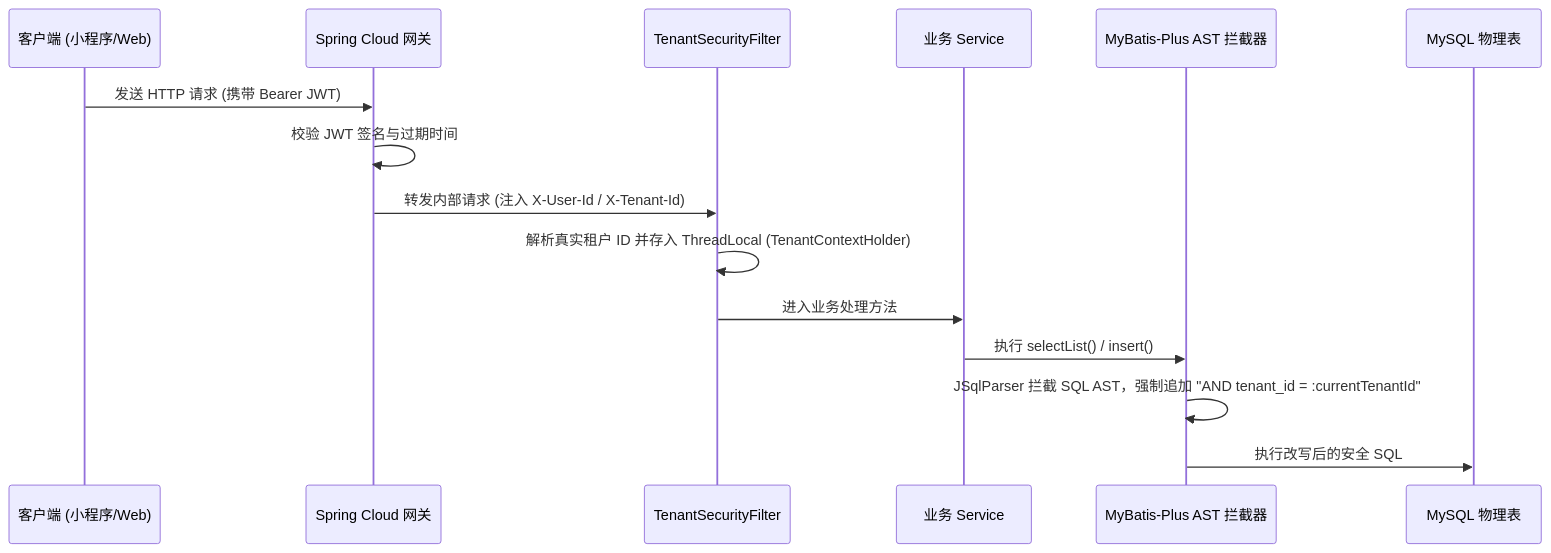
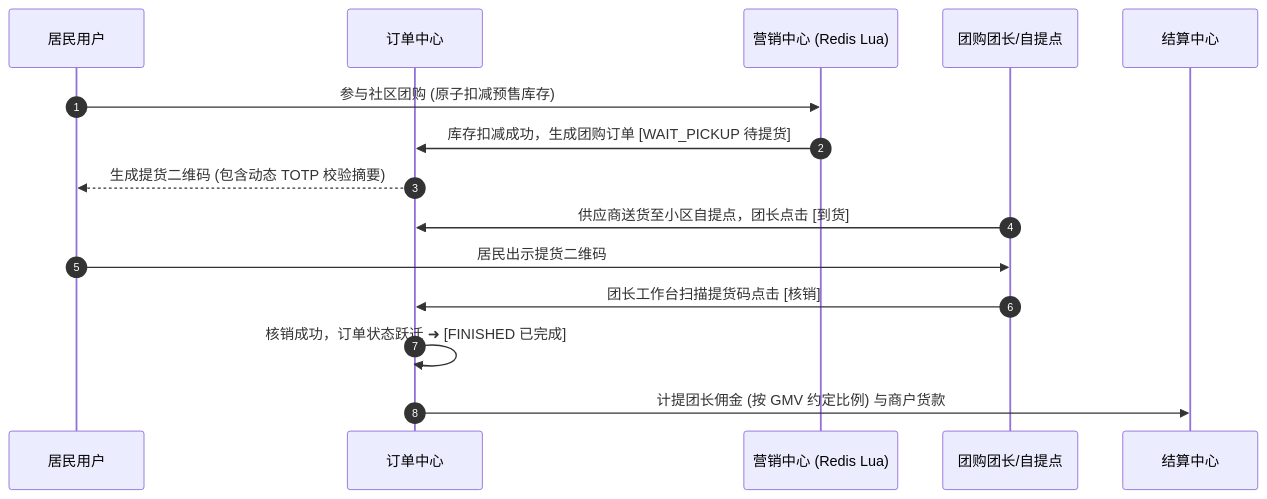
One commit to xaicd/coolie changed the fifth of 6 diagrams in docs/03_design/architecture-design-hld.md. Above: the diagram before and after it, drawn with Mermaid. The commit also changed other lines of this file and 5 other files, not shown here.

````diff
--- a/docs/03_design/architecture-design-hld.md
+++ b/docs/03_design/architecture-design-hld.md
@@ -93,18 +249,18 @@
-   ```mermaid
-   sequenceDiagram
-       participant C as 客户端 (小程序/Web)
-       participant G as Spring Cloud 网关
-       participant T as TenantSecurityFilter
-       participant S as 业务 Service
-       participant P as MyBatis-Plus AST 拦截器
-       participant D as MySQL 物理表
+```mermaid
+sequenceDiagram
+    autonumber
+    participant C as 居民用户
+    participant OS as 订单中心
+    participant MS as 营销中心 (Redis Lua)
+    participant BS as 团购团长/自提点
+    participant SS as 结算中心
 
-       C->>G: 发送 HTTP 请求 (携带 Bearer JWT)
-       G->>G: 校验 JWT 签名与过期时间
-       G->>T: 转发内部请求 (注入 X-User-Id / X-Tenant-Id)
-       T->>T: 解析真实租户 ID 并存入 ThreadLocal (TenantContextHolder)
-       T->>S: 进入业务处理方法
-       S->>P: 执行 selectList() / insert()
-       P->>P: JSqlParser 拦截 SQL AST，强制追加 "AND tenant_id = :currentTenantId"
-       P->>D: 执行改写后的安全 SQL
-   ```
+    C->>MS: 参与社区团购 (原子扣减预售库存)
+    MS->>OS: 库存扣减成功，生成团购订单 [WAIT_PICKUP 待提货]
+    OS-->>C: 生成提货二维码 (包含动态 TOTP 校验摘要)
+    BS->>OS: 供应商送货至小区自提点，团长点击 [到货]
+    C->>BS: 居民出示提货二维码
+    BS->>OS: 团长工作台扫描提货码点击 [核销]
+    OS->>OS: 核销成功，订单状态跃迁 ➜ [FINISHED 已完成]
+    OS->>SS: 计提团长佣金 (按 GMV 约定比例) 与商户货款
+```
````
